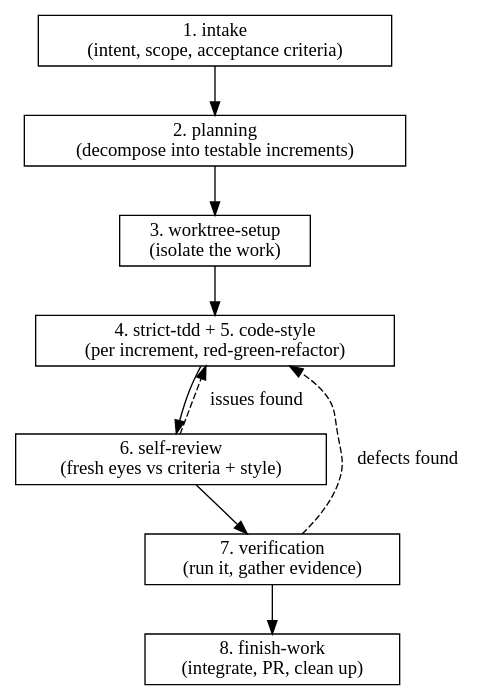
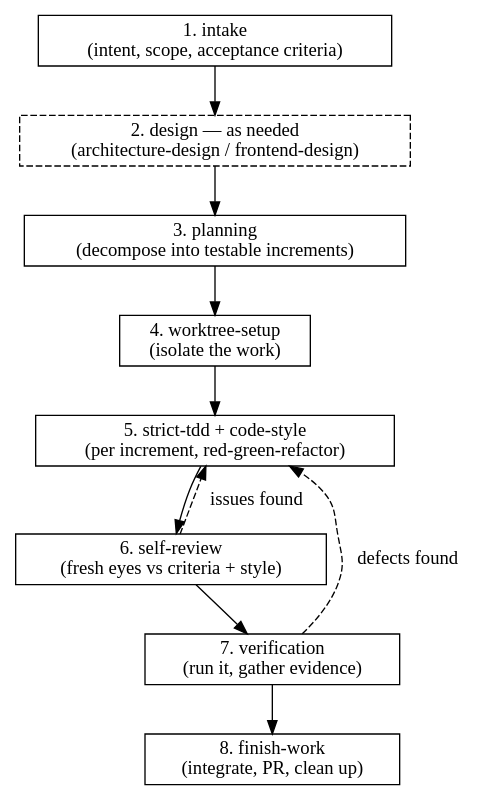
Before and after one commit to bryceklinker/claude-skills: the diagram in skills/dev-workflow/SKILL.md, drawn with Graphviz. The commit also changed other lines of this file and 10 other files, not shown here.

````diff
--- a/skills/dev-workflow/SKILL.md
+++ b/skills/dev-workflow/SKILL.md
@@ -16,16 +16,17 @@
 ```dot
 digraph pipeline {
     rankdir=TB;
     intake      [label="1. intake\n(intent, scope, acceptance criteria)", shape=box];
-    planning    [label="2. planning\n(decompose into testable increments)", shape=box];
-    worktree    [label="3. worktree-setup\n(isolate the work)", shape=box];
-    tdd         [label="4. strict-tdd + 5. code-style\n(per increment, red-green-refactor)", shape=box];
+    design      [label="2. design — as needed\n(architecture-design / frontend-design)", shape=box, style=dashed];
+    planning    [label="3. planning\n(decompose into testable increments)", shape=box];
+    worktree    [label="4. worktree-setup\n(isolate the work)", shape=box];
+    tdd         [label="5. strict-tdd + code-style\n(per increment, red-green-refactor)", shape=box];
     review      [label="6. self-review\n(fresh eyes vs criteria + style)", shape=box];
     verify      [label="7. verification\n(run it, gather evidence)", shape=box];
     finish      [label="8. finish-work\n(integrate, PR, clean up)", shape=box];
 
-    intake -> planning -> worktree -> tdd -> review -> verify -> finish;
+    intake -> design -> planning -> worktree -> tdd -> review -> verify -> finish;
     verify -> tdd [label="defects found", style=dashed];
     review -> tdd [label="issues found", style=dashed];
 }
 ```
````
